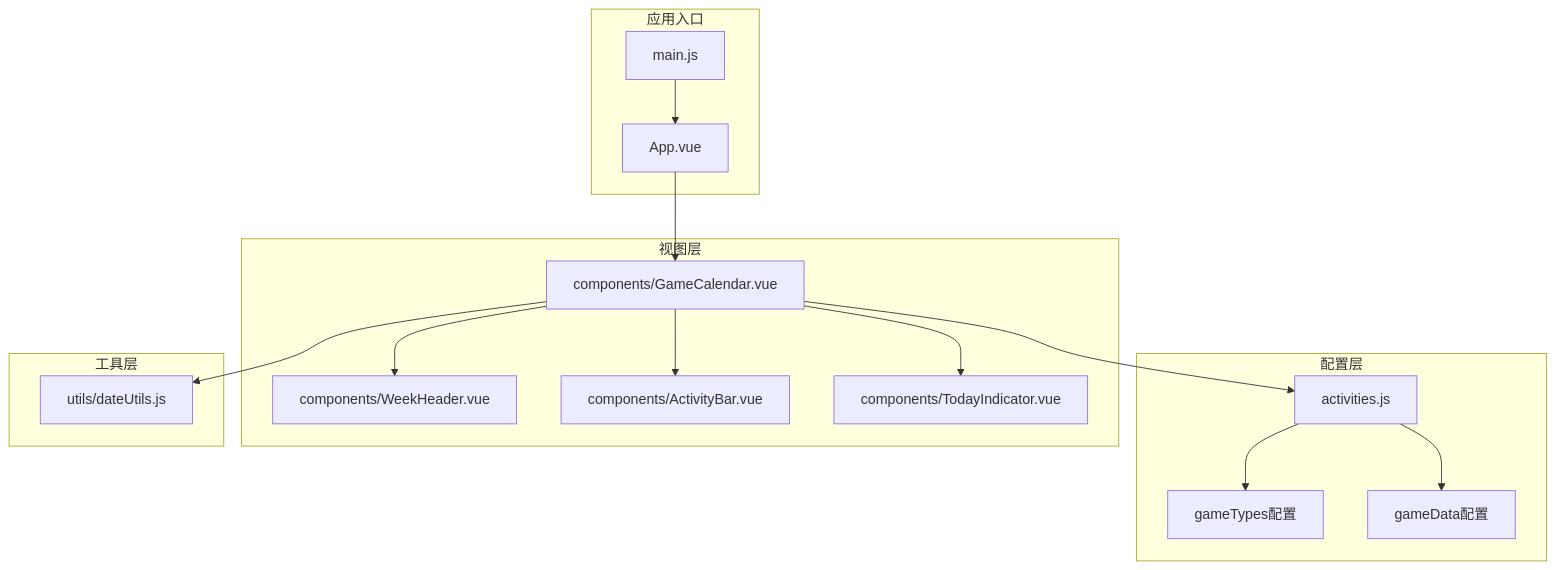
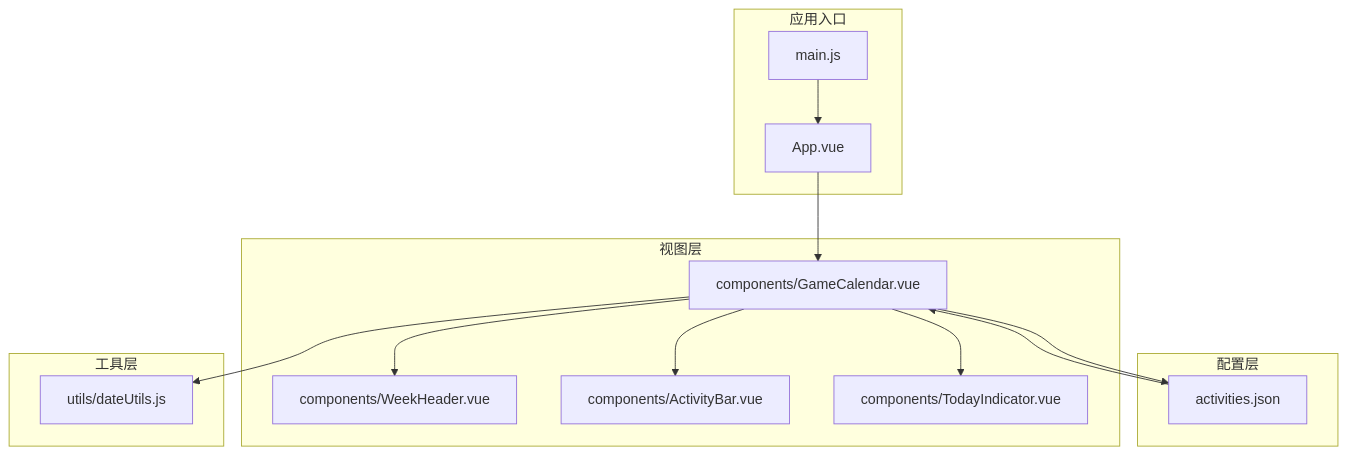
Before and after one commit to xuanyulingnfeg/gameCalendar: the first of 7 diagrams in .qoder/repowiki/zh/content/配置系统.md, drawn with Mermaid. The commit also changed other lines of this file and 7 other files, not shown here.

````diff
--- a/.qoder/repowiki/zh/content/配置系统.md
+++ b/.qoder/repowiki/zh/content/配置系统.md
@@ -43,30 +44,27 @@
 ```mermaid
 graph TB
 subgraph "应用入口"
 MAIN["main.js"]
 APP["App.vue"]
 end
 subgraph "配置层"
-GAME_TYPES["gameTypes配置"]
-GAME_DATA["gameData配置"]
-END_CONFIG["activities.js"]
+JSON_CONFIG["activities.json"]
 end
 subgraph "视图层"
 GC["components/GameCalendar.vue"]
 WB["components/WeekHeader.vue"]
 AB["components/ActivityBar.vue"]
 TI["components/TodayIndicator.vue"]
 end
 subgraph "工具层"
 DU["utils/dateUtils.js"]
 end
 MAIN --> APP
 APP --> GC
 GC --> WB
 GC --> TI
 GC --> AB
 GC --> DU
-GC --> END_CONFIG
-END_CONFIG --> GAME_TYPES
-END_CONFIG --> GAME_DATA
+GC --> JSON_CONFIG
+JSON_CONFIG --> GC
 ```
````
